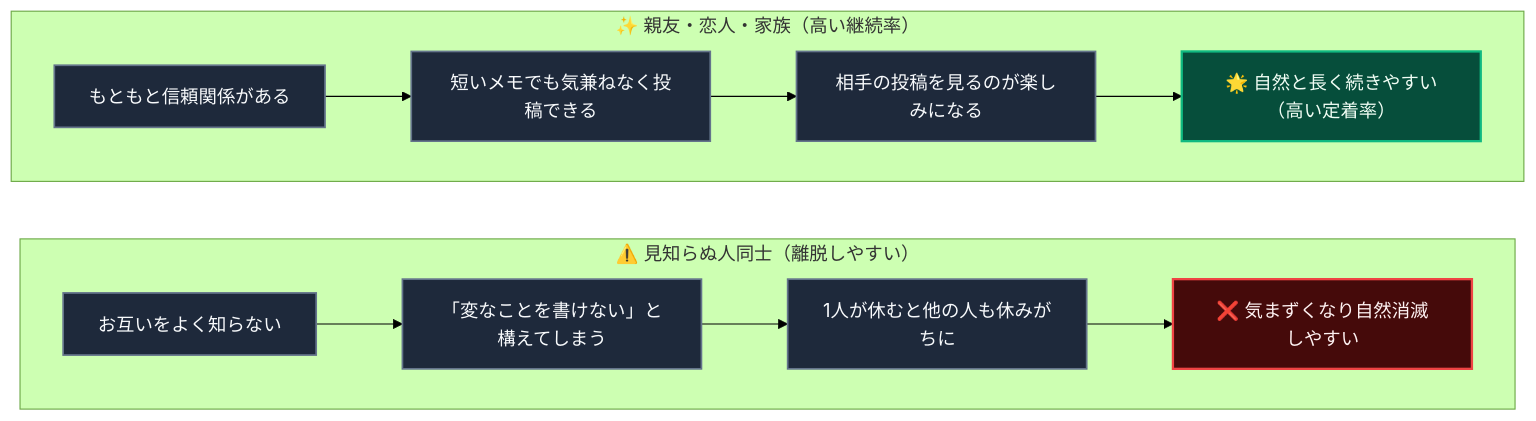
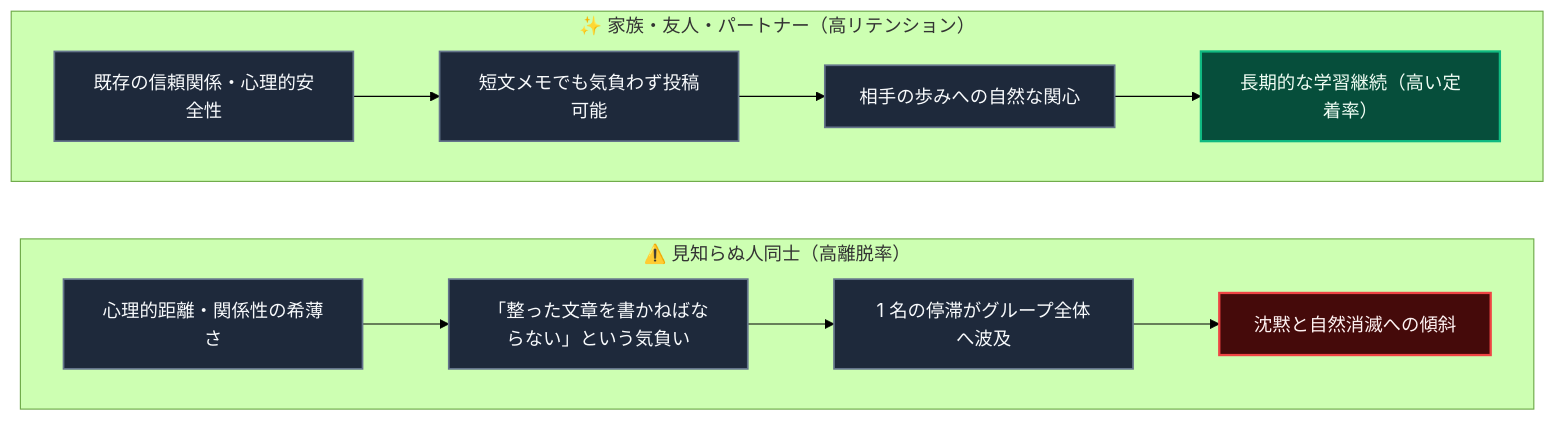
Before and after one commit to ScriptureHabit/scripture-habit: the second of 2 diagrams in docs/ja/ux-small-groups-and-peer-accountability.md, drawn with Mermaid (forest theme). The commit also changed other lines of this file and 57 other files, not shown here.

Commit message:
docs: refine documentation prose and add structured diagram breakdowns across JA and EN

````diff
--- a/docs/ja/ux-small-groups-and-peer-accountability.md
+++ b/docs/ja/ux-small-groups-and-peer-accountability.md
@@ -53,20 +51,20 @@
 ```mermaid
 flowchart TD
     classDef good fill:#064e3b,stroke:#10b981,stroke-width:2px,color:#f0fdf4;
     classDef bad fill:#450a0a,stroke:#ef4444,stroke-width:2px,color:#fef2f2;
     classDef step fill:#1e293b,stroke:#64748b,stroke-width:1.5px,color:#f8fafc;
 
-    subgraph SG_Close["✨ 親友・恋人・家族（高い継続率）"]
-        ST1["もともと信頼関係がある"]:::step --> ST2["短いメモでも気兼ねなく投稿できる"]:::step
-        ST2 --> ST3["相手の投稿を見るのが楽しみになる"]:::step
-        ST3 --> ST4["🌟 自然と長く続きやすい（高い定着率）"]:::good
+    subgraph SG_Close["✨ 家族・友人・パートナー（高リテンション）"]
+        ST1["既存の信頼関係・心理的安全性"]:::step --> ST2["短文メモでも気負わず投稿可能"]:::step
+        ST2 --> ST3["相手の歩みへの自然な関心"]:::step
+        ST3 --> ST4["長期的な学習継続（高い定着率）"]:::good
     end
 
-    subgraph SG_Strangers["⚠️ 見知らぬ人同士（離脱しやすい）"]
-        WT1["お互いをよく知らない"]:::step --> WT2["「変なことを書けない」と構えてしまう"]:::step
-        WT2 --> WT3["1人が休むと他の人も休みがちに"]:::step
-        WT3 --> WT4["❌ 気まずくなり自然消滅しやすい"]:::bad
+    subgraph SG_Strangers["⚠️ 見知らぬ人同士（高離脱率）"]
+        WT1["心理的距離・関係性の希薄さ"]:::step --> WT2["「整った文章を書かねばならない」という気負い"]:::step
+        WT2 --> WT3["1 名の停滞がグループ全体へ波及"]:::step
+        WT3 --> WT4["沈黙と自然消滅への傾斜"]:::bad
     end
 
     SG_Close ~~~ SG_Strangers
 ```
````
